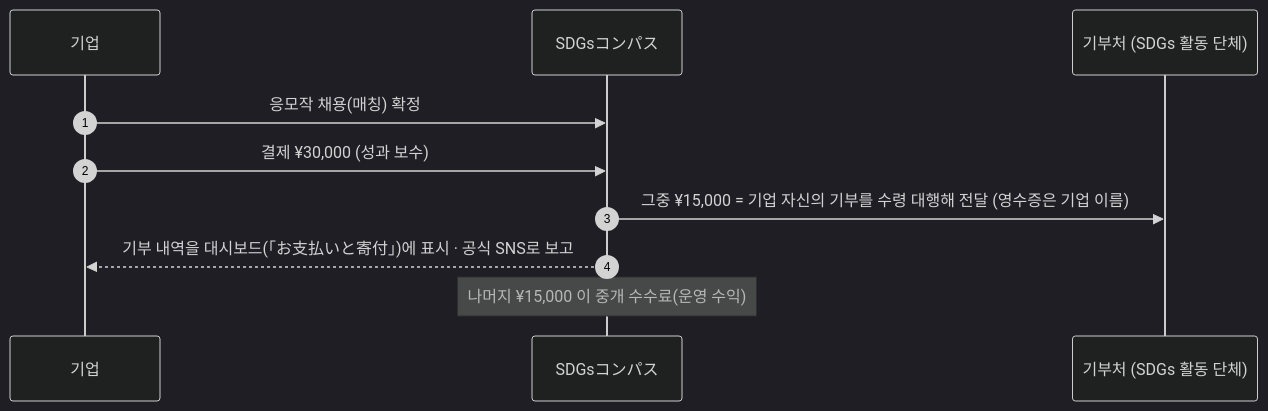
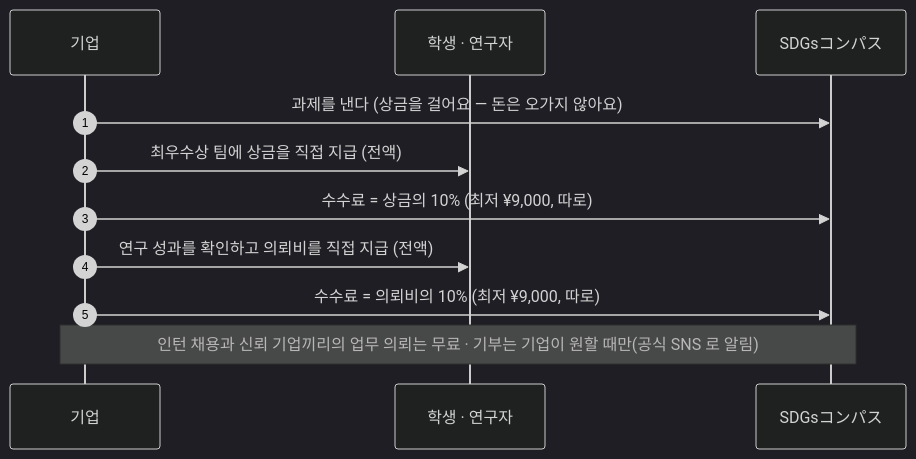
The fifth of 18 diagrams in README.md (atome9797/sdgs-compass), drawn with Mermaid (dark theme) before and after one commit. The commit also changed other lines of this file and 38 other files, not shown here.

````diff
--- a/README.md
+++ b/README.md
@@ -261,12 +261,13 @@
 ```mermaid
 sequenceDiagram
   autonumber
   participant C as 기업
+  participant S as 학생 · 연구자
   participant P as SDGsコンパス
-  participant D as 기부처 (SDGs 활동 단체)
-  C->>P: 응모작 채용(매칭) 확정
-  C->>P: 결제 ¥30,000 (성과 보수)
-  P->>D: 그중 ¥15,000 = 기업 자신의 기부를 수령 대행해 전달 (영수증은 기업 이름)
-  P-->>C: 기부 내역을 대시보드(「お支払いと寄付」)에 표시 · 공식 SNS로 보고
-  Note over P: 나머지 ¥15,000 이 중개 수수료(운영 수익)
+  C->>P: 과제를 낸다 (상금을 걸어요 — 돈은 오가지 않아요)
+  C->>S: 최우수상 팀에 상금을 직접 지급 (전액)
+  C->>P: 수수료 = 상금의 10% (최저 ¥9,000, 따로)
+  C->>S: 연구 성과를 확인하고 의뢰비를 직접 지급 (전액)
+  C->>P: 수수료 = 의뢰비의 10% (최저 ¥9,000, 따로)
+  Note over C,P: 인턴 채용과 신뢰 기업끼리의 업무 의뢰는 무료 · 기부는 기업이 원할 때만(공식 SNS 로 알림)
 ```
````
